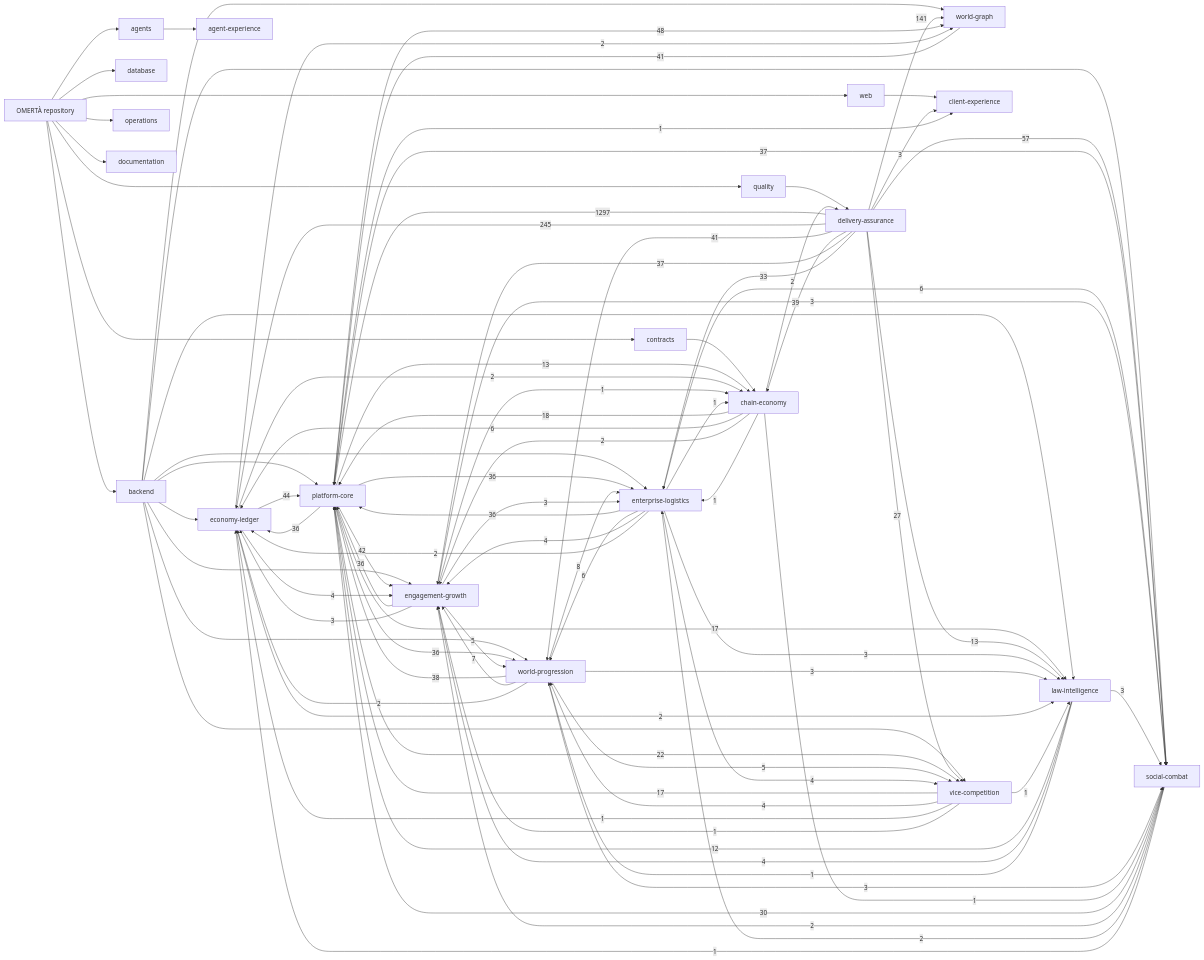
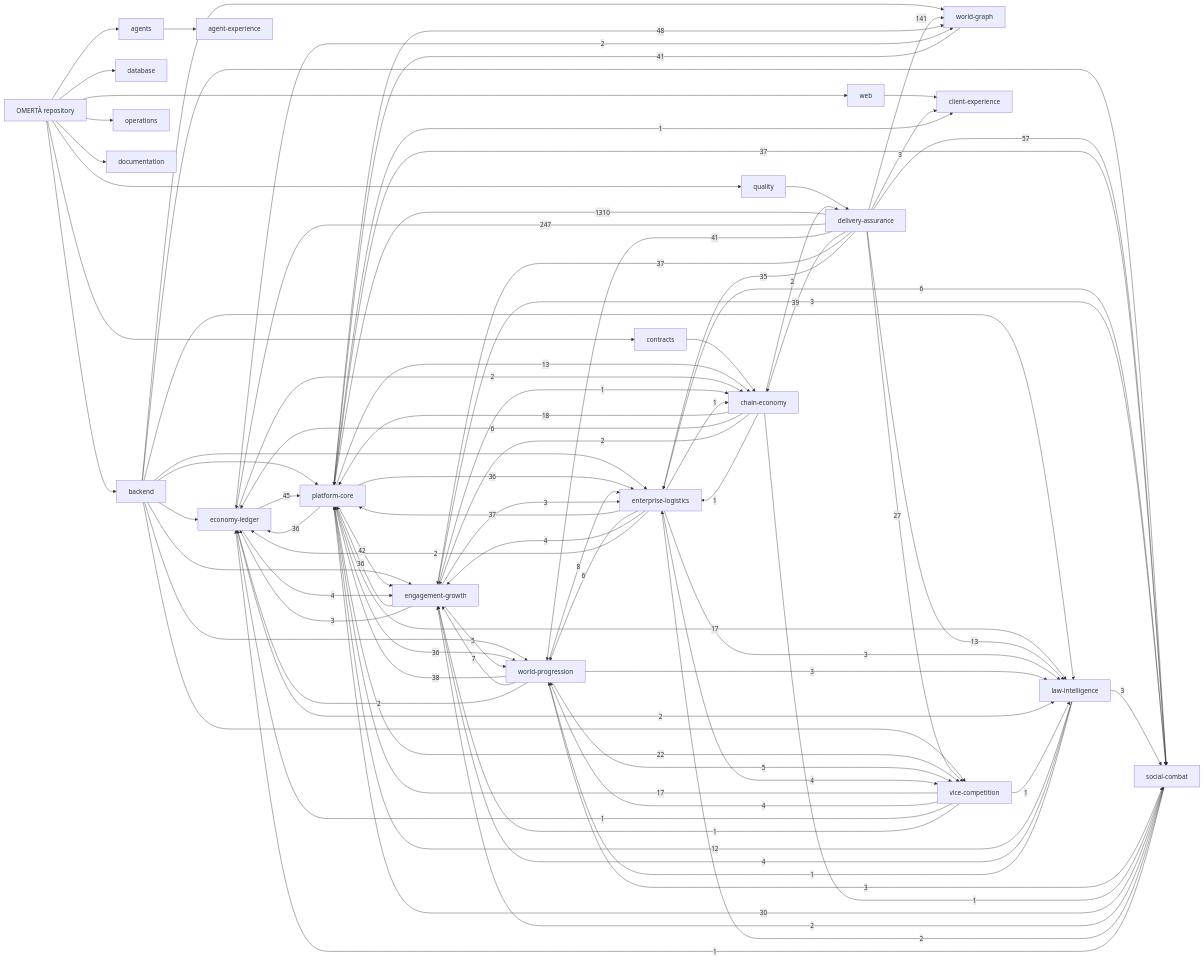
Before and after one commit to OmertaDev/Omerta: the diagram in knowledge/generated/graph.mmd, drawn with Mermaid. The commit also changed 8 other files, not shown here.

```diff
--- a/knowledge/generated/graph.mmd
+++ b/knowledge/generated/graph.mmd
@@ -1,111 +1,111 @@
 flowchart LR
   repo["OMERTÀ repository"]
   sub_backend["backend"]
   repo --> sub_backend
   sub_database["database"]
   repo --> sub_database
   sub_web["web"]
   repo --> sub_web
   sub_contracts["contracts"]
   repo --> sub_contracts
   sub_agents["agents"]
   repo --> sub_agents
   sub_quality["quality"]
   repo --> sub_quality
   sub_operations["operations"]
   repo --> sub_operations
   sub_documentation["documentation"]
   repo --> sub_documentation
   dom_platform-core["platform-core"]
   dom_economy-ledger["economy-ledger"]
   dom_social-combat["social-combat"]
   dom_world-progression["world-progression"]
   dom_world-graph["world-graph"]
   dom_enterprise-logistics["enterprise-logistics"]
   dom_vice-competition["vice-competition"]
   dom_law-intelligence["law-intelligence"]
   dom_chain-economy["chain-economy"]
   dom_engagement-growth["engagement-growth"]
   dom_client-experience["client-experience"]
   dom_agent-experience["agent-experience"]
   dom_delivery-assurance["delivery-assurance"]
   sub_agents --> dom_agent-experience
   sub_backend --> dom_economy-ledger
   sub_backend --> dom_engagement-growth
   sub_backend --> dom_enterprise-logistics
   sub_backend --> dom_law-intelligence
   sub_backend --> dom_platform-core
   sub_backend --> dom_social-combat
   sub_backend --> dom_vice-competition
   sub_backend --> dom_world-graph
   sub_backend --> dom_world-progression
   sub_contracts --> dom_chain-economy
   sub_quality --> dom_delivery-assurance
   sub_web --> dom_client-experience
-  dom_delivery-assurance -->|1297| dom_platform-core
-  dom_delivery-assurance -->|245| dom_economy-ledger
+  dom_delivery-assurance -->|1310| dom_platform-core
+  dom_delivery-assurance -->|247| dom_economy-ledger
   dom_delivery-assurance -->|141| dom_world-graph
   dom_delivery-assurance -->|57| dom_social-combat
   dom_platform-core -->|48| dom_world-graph
-  dom_economy-ledger -->|44| dom_platform-core
+  dom_economy-ledger -->|45| dom_platform-core
   dom_platform-core -->|42| dom_engagement-growth
   dom_delivery-assurance -->|41| dom_world-progression
   dom_world-graph -->|41| dom_platform-core
   dom_delivery-assurance -->|39| dom_chain-economy
   dom_world-progression -->|38| dom_platform-core
   dom_delivery-assurance -->|37| dom_engagement-growth
+  dom_enterprise-logistics -->|37| dom_platform-core
   dom_platform-core -->|37| dom_social-combat
   dom_engagement-growth -->|36| dom_platform-core
-  dom_enterprise-logistics -->|36| dom_platform-core
   dom_platform-core -->|36| dom_economy-ledger
   dom_platform-core -->|36| dom_enterprise-logistics
   dom_platform-core -->|36| dom_world-progression
-  dom_delivery-assurance -->|33| dom_enterprise-logistics
+  dom_delivery-assurance -->|35| dom_enterprise-logistics
   dom_social-combat -->|30| dom_platform-core
   dom_delivery-assurance -->|27| dom_vice-competition
   dom_platform-core -->|22| dom_vice-competition
   dom_chain-economy -->|18| dom_platform-core
   dom_platform-core -->|17| dom_law-intelligence
   dom_vice-competition -->|17| dom_platform-core
   dom_delivery-assurance -->|13| dom_law-intelligence
   dom_platform-core -->|13| dom_chain-economy
   dom_law-intelligence -->|12| dom_platform-core
   dom_world-progression -->|8| dom_enterprise-logistics
   dom_world-progression -->|7| dom_engagement-growth
   dom_chain-economy -->|6| dom_economy-ledger
   dom_enterprise-logistics -->|6| dom_social-combat
   dom_enterprise-logistics -->|6| dom_world-progression
   dom_engagement-growth -->|5| dom_world-progression
   dom_world-progression -->|5| dom_vice-competition
   dom_economy-ledger -->|4| dom_engagement-growth
   dom_enterprise-logistics -->|4| dom_engagement-growth
   dom_enterprise-logistics -->|4| dom_vice-competition
   dom_law-intelligence -->|4| dom_engagement-growth
   dom_vice-competition -->|4| dom_world-progression
   dom_delivery-assurance -->|3| dom_client-experience
   dom_engagement-growth -->|3| dom_economy-ledger
   dom_engagement-growth -->|3| dom_enterprise-logistics
   dom_engagement-growth -->|3| dom_social-combat
   dom_enterprise-logistics -->|3| dom_law-intelligence
   dom_law-intelligence -->|3| dom_social-combat
   dom_world-progression -->|3| dom_law-intelligence
   dom_world-progression -->|3| dom_social-combat
   dom_chain-economy -->|2| dom_delivery-assurance
   dom_chain-economy -->|2| dom_engagement-growth
   dom_economy-ledger -->|2| dom_chain-economy
   dom_economy-ledger -->|2| dom_law-intelligence
   dom_economy-ledger -->|2| dom_world-graph
   dom_enterprise-logistics -->|2| dom_economy-ledger
   dom_social-combat -->|2| dom_engagement-growth
   dom_social-combat -->|2| dom_enterprise-logistics
   dom_world-progression -->|2| dom_economy-ledger
   dom_chain-economy -->|1| dom_enterprise-logistics
   dom_chain-economy -->|1| dom_social-combat
   dom_engagement-growth -->|1| dom_chain-economy
   dom_enterprise-logistics -->|1| dom_chain-economy
   dom_law-intelligence -->|1| dom_world-progression
   dom_platform-core -->|1| dom_client-experience
   dom_social-combat -->|1| dom_economy-ledger
   dom_vice-competition -->|1| dom_economy-ledger
   dom_vice-competition -->|1| dom_engagement-growth
   dom_vice-competition -->|1| dom_law-intelligence
```
